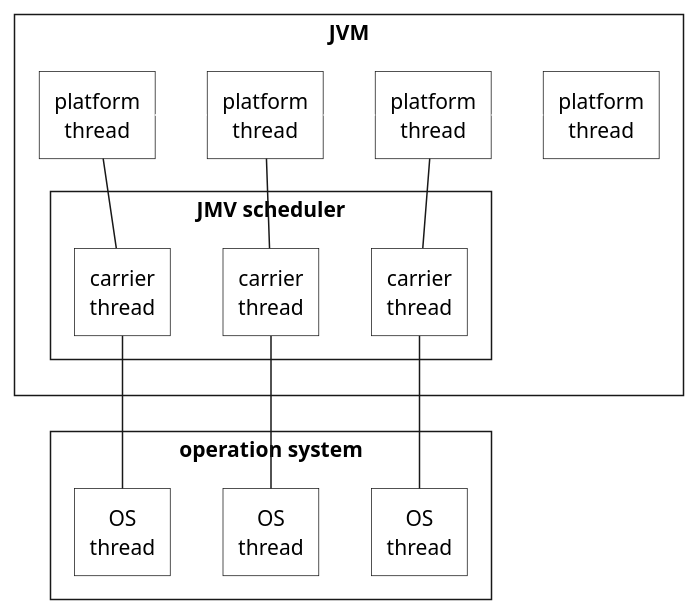
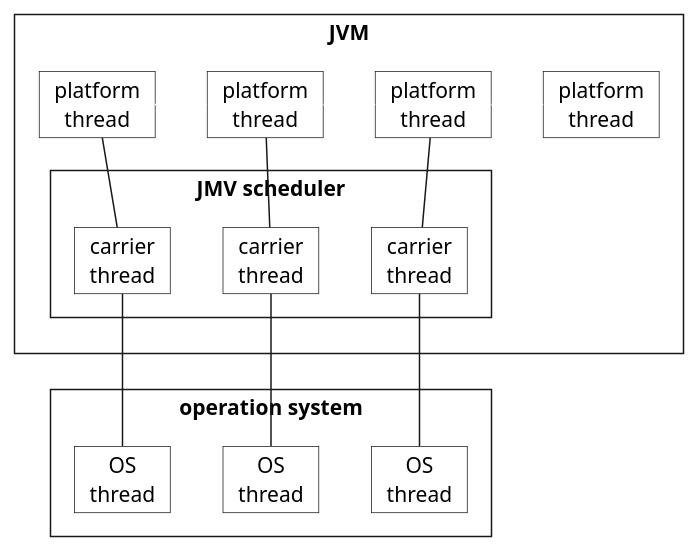
One commit to ti-cortex-m4/demo-java-virtual-threads2 changed the diagram in images/virtual_threads.puml. Above: the diagram before and after it, drawn with PlantUML. The commit also changed 1 other file, not shown here.

```diff
--- a/images/virtual_threads.puml
+++ b/images/virtual_threads.puml
@@ -1,42 +1,42 @@
 @startuml
 
 skinparam {
     defaultTextAlignment center
     roundCorner 0
     CardBackgroundColor transparent
     RectangleBackgroundColor transparent
     RectangleFontName Source Sans Pro
 }
 
 rectangle JVM {
-  rectangle "platform\nthread" as PlatformThread1
-  rectangle "platform\nthread" as PlatformThread2
-  rectangle "platform\nthread" as PlatformThread3
-  rectangle "platform\nthread" as PlatformThread4
+  card "platform\nthread" as PlatformThread1
+  card "platform\nthread" as PlatformThread2
+  card "platform\nthread" as PlatformThread3
+  card "platform\nthread" as PlatformThread4
 
   PlatformThread1 -right[#white]- PlatformThread2
   PlatformThread2 -right[#white]- PlatformThread3
   PlatformThread3 -right[#white]- PlatformThread4
 
   rectangle "JMV scheduler" {
-    rectangle "сarrier\nthread" as CarrierThread1
-    rectangle "сarrier\nthread" as CarrierThread2
-    rectangle "сarrier\nthread" as CarrierThread3
+    card "сarrier\nthread" as CarrierThread1
+    card "сarrier\nthread" as CarrierThread2
+    card "сarrier\nthread" as CarrierThread3
   }
 }
 
 rectangle "operation system" {
-  rectangle "OS\nthread" as OsThread1
-  rectangle "OS\nthread" as OsThread2
-  rectangle "OS\nthread" as OsThread3
+  card "OS\nthread" as OsThread1
+  card "OS\nthread" as OsThread2
+  card "OS\nthread" as OsThread3
 }
 
 OsThread1 -up- CarrierThread1
 OsThread2 -up- CarrierThread2
 OsThread3 -up- CarrierThread3
 
 CarrierThread1 -up- PlatformThread1
 CarrierThread2 -up- PlatformThread2
 CarrierThread3 -up- PlatformThread3
 
 @enduml
```
